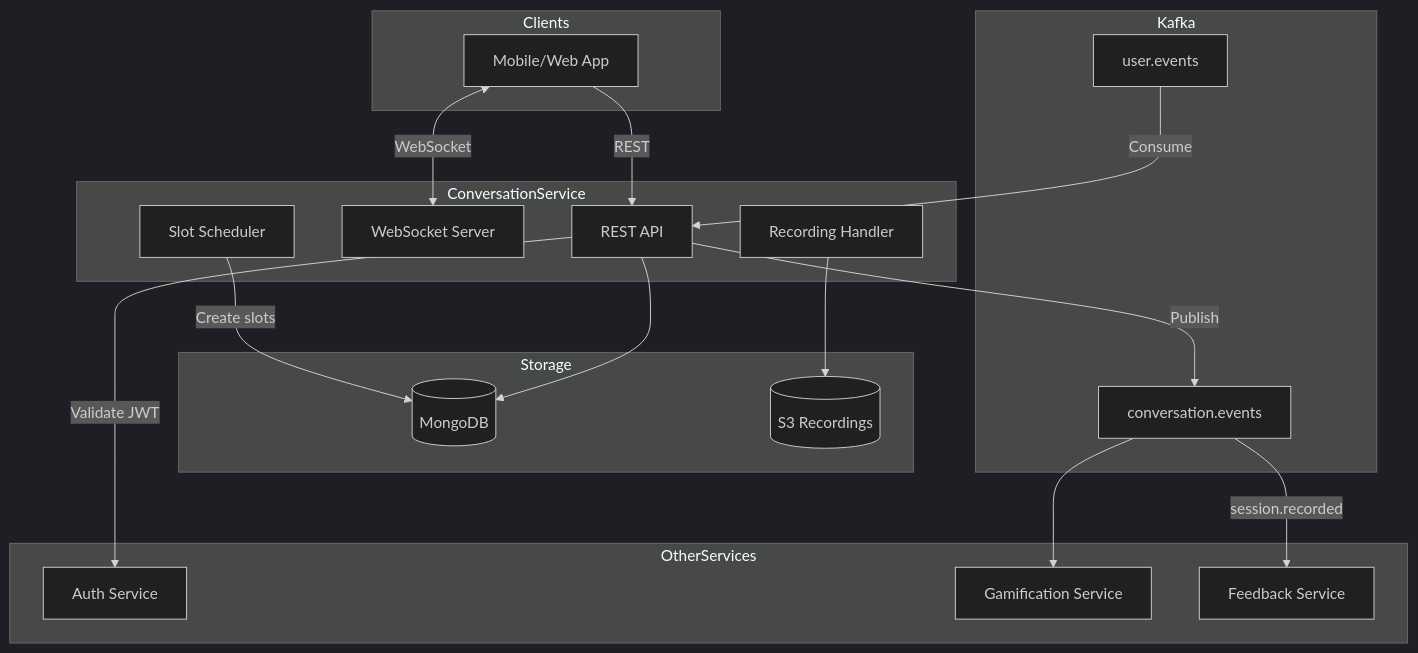
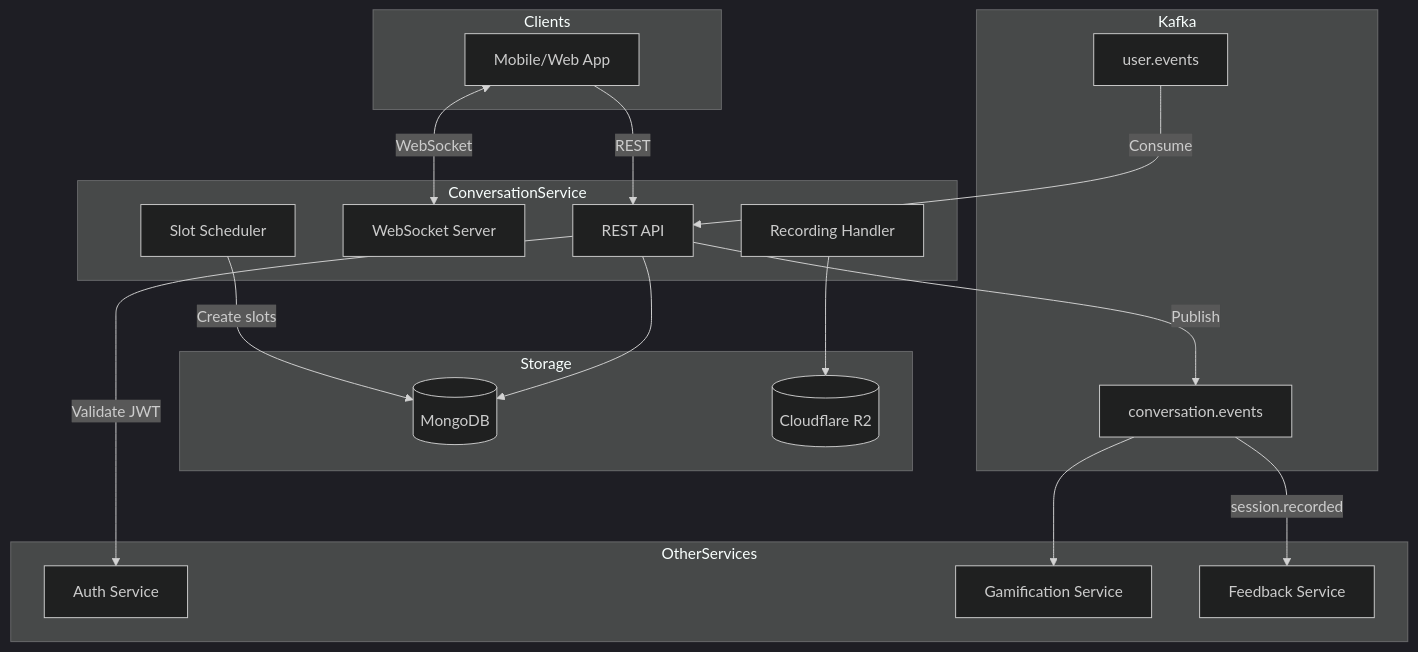
Before and after one commit to we-speak-org/wespeak-specifications: the fifth of 6 diagrams in 03-conversation-service/DIAGRAMS.md, drawn with Mermaid (dark theme). The commit also changed other lines of this file and 7 other files, not shown here.

````diff
--- a/03-conversation-service/DIAGRAMS.md
+++ b/03-conversation-service/DIAGRAMS.md
@@ -193,45 +193,45 @@
 ```mermaid
 flowchart TB
     subgraph Clients
         APP[Mobile/Web App]
     end
 
     subgraph ConversationService
         API[REST API]
         WS[WebSocket Server]
         SCHED[Slot Scheduler]
         REC[Recording Handler]
     end
 
     subgraph Storage
         MONGO[(MongoDB)]
-        S3[(S3 Recordings)]
+        R2[(Cloudflare R2)]
     end
 
     subgraph Kafka
         TOPIC_CONV[conversation.events]
         TOPIC_USER[user.events]
     end
 
     subgraph OtherServices
         AUTH[Auth Service]
         GAMI[Gamification Service]
         FEED[Feedback Service]
     end
 
     APP -->|REST| API
     APP <-->|WebSocket| WS
     
     API --> MONGO
-    REC --> S3
+    REC --> R2
     
     SCHED -->|Create slots| MONGO
     
     API -->|Publish| TOPIC_CONV
     TOPIC_USER -->|Consume| API
     
     TOPIC_CONV --> GAMI
     TOPIC_CONV -->|session.recorded| FEED
     
     API -->|Validate JWT| AUTH
 ```
````
